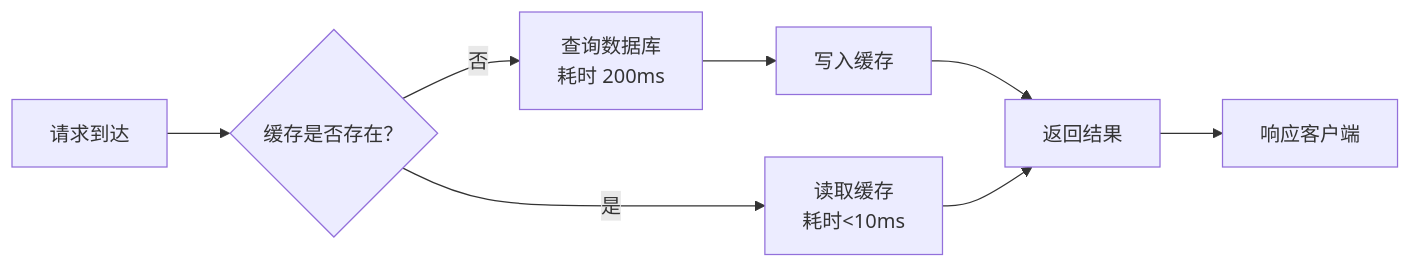
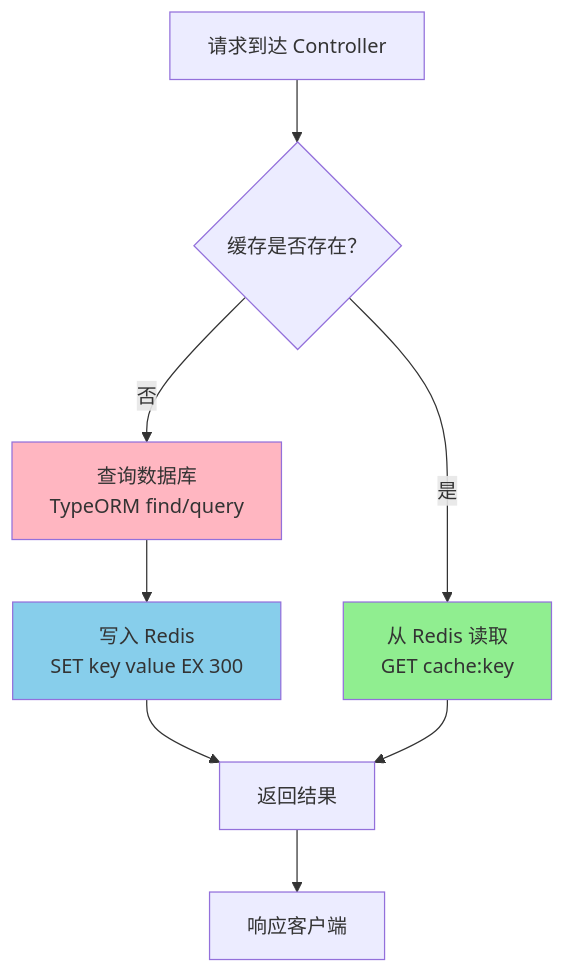
The second of 3 diagrams in docs-templates/architecture/SYSTEM_ARCHITECTURE.md (shengqb0926/customer-label), drawn with Mermaid before and after one commit. The commit also changed other lines of this file and 4 other files, not shown here.

````diff
--- a/docs-templates/architecture/SYSTEM_ARCHITECTURE.md
+++ b/docs-templates/architecture/SYSTEM_ARCHITECTURE.md
@@ -132,10 +350,14 @@
 ```mermaid
-graph LR
-    A[请求到达] --> B{缓存是否存在？}
-    B -->|是 | C[读取缓存<br/>耗时<10ms]
-    B -->|否 | D[查询数据库<br/>耗时 200ms]
-    D --> E[写入缓存]
+graph TD
+    A[请求到达 Controller] --> B{缓存是否存在？}
+    B -->|是 | C[从 Redis 读取<br/>GET cache:key]
+    B -->|否 | D[查询数据库<br/>TypeORM find/query]
+    D --> E[写入 Redis<br/>SET key value EX 300]
     E --> F[返回结果]
     C --> F
     F --> G[响应客户端]
+    
+    style C fill:#90EE90
+    style D fill:#FFB6C1
+    style E fill:#87CEEB
 ```
````
